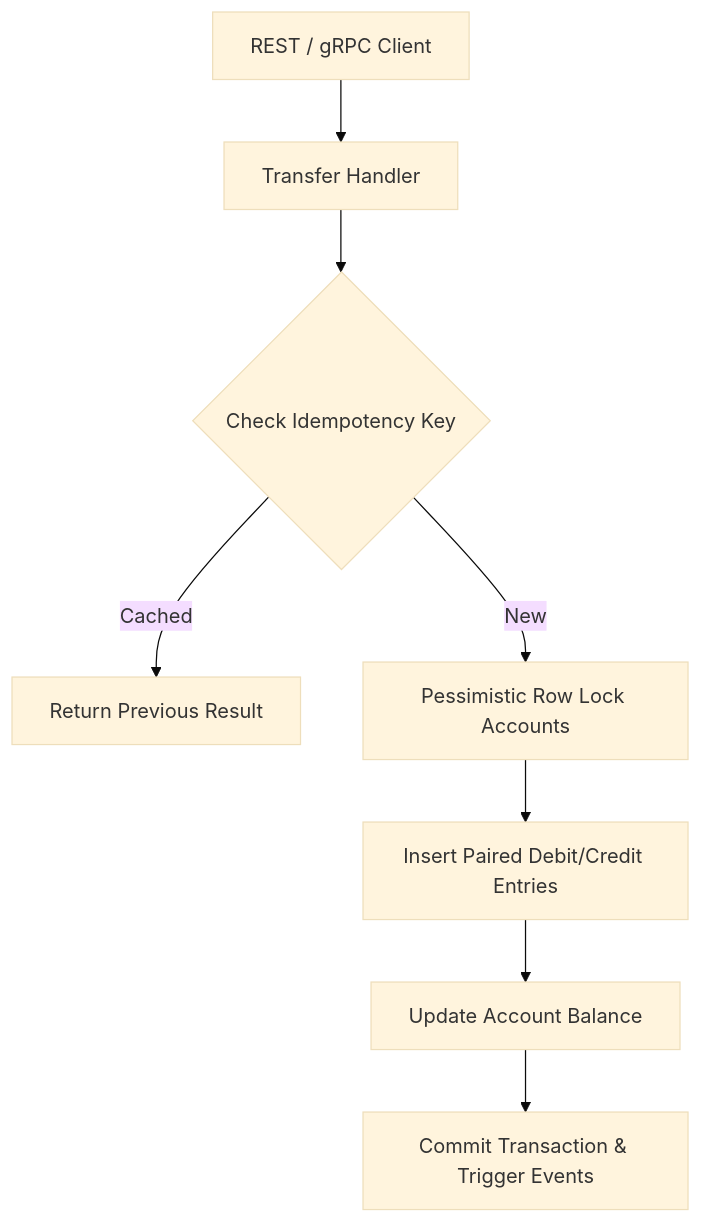
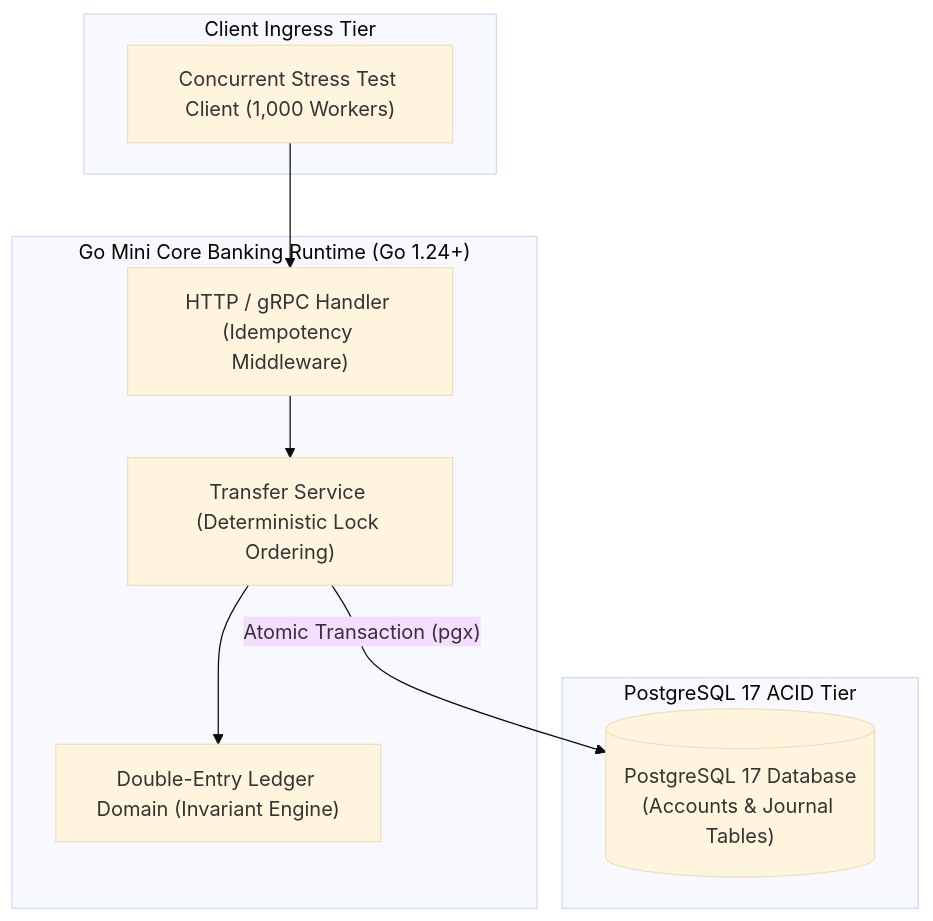
Before and after one commit to vesviet/vesviet: the first of 2 diagrams in content/series/core-banking-developer/part-7-build-mini-core-banking.md, drawn with Mermaid (base theme). The commit also changed other lines of this file and 31 other files, not shown here.

Commit message:
feat(series): upgrade core-banking-developer and magento-migration-vietnam series to 2027 SOTA standard

````diff
--- a/content/series/core-banking-developer/part-7-build-mini-core-banking.md
+++ b/content/series/core-banking-developer/part-7-build-mini-core-banking.md
@@ -46,10 +39,21 @@
 ```mermaid
-graph TD
-    Client["REST / gRPC Client"] --> Handler["Transfer Handler"]
-    Handler --> Idem{"Check Idempotency Key"}
-    Idem -->|"Cached"| Return["Return Previous Result"]
-    Idem -->|"New"| Lock["Pessimistic Row Lock Accounts"]
-    Lock --> Ledger["Insert Paired Debit/Credit Entries"]
-    Ledger --> Balance["Update Account Balance"]
-    Balance --> Commit["Commit Transaction & Trigger Events"]
+flowchart TD
+    subgraph Client_Layer ["Client Ingress Tier"]
+        Client["Concurrent Stress Test Client (1,000 Workers)"]
+    end
+
+    subgraph Core_Engine ["Go Mini Core Banking Runtime (Go 1.24+)"]
+        API["HTTP / gRPC Handler (Idempotency Middleware)"]
+        Service["Transfer Service (Deterministic Lock Ordering)"]
+        Ledger["Double-Entry Ledger Domain (Invariant Engine)"]
+        API --> Service
+        Service --> Ledger
+    end
+
+    subgraph Storage_Tier ["PostgreSQL 17 ACID Tier"]
+        DB[("PostgreSQL 17 Database<br/>(Accounts & Journal Tables)")]
+        Service -->|"Atomic Transaction (pgx)"| DB
+    end
+
+    Client --> API
 ```
````
